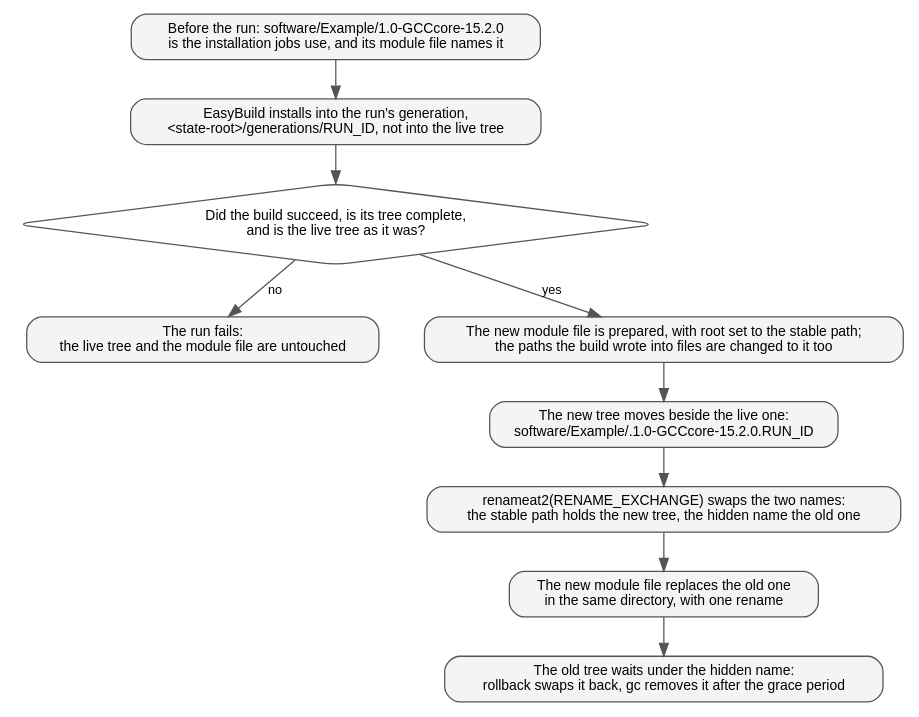
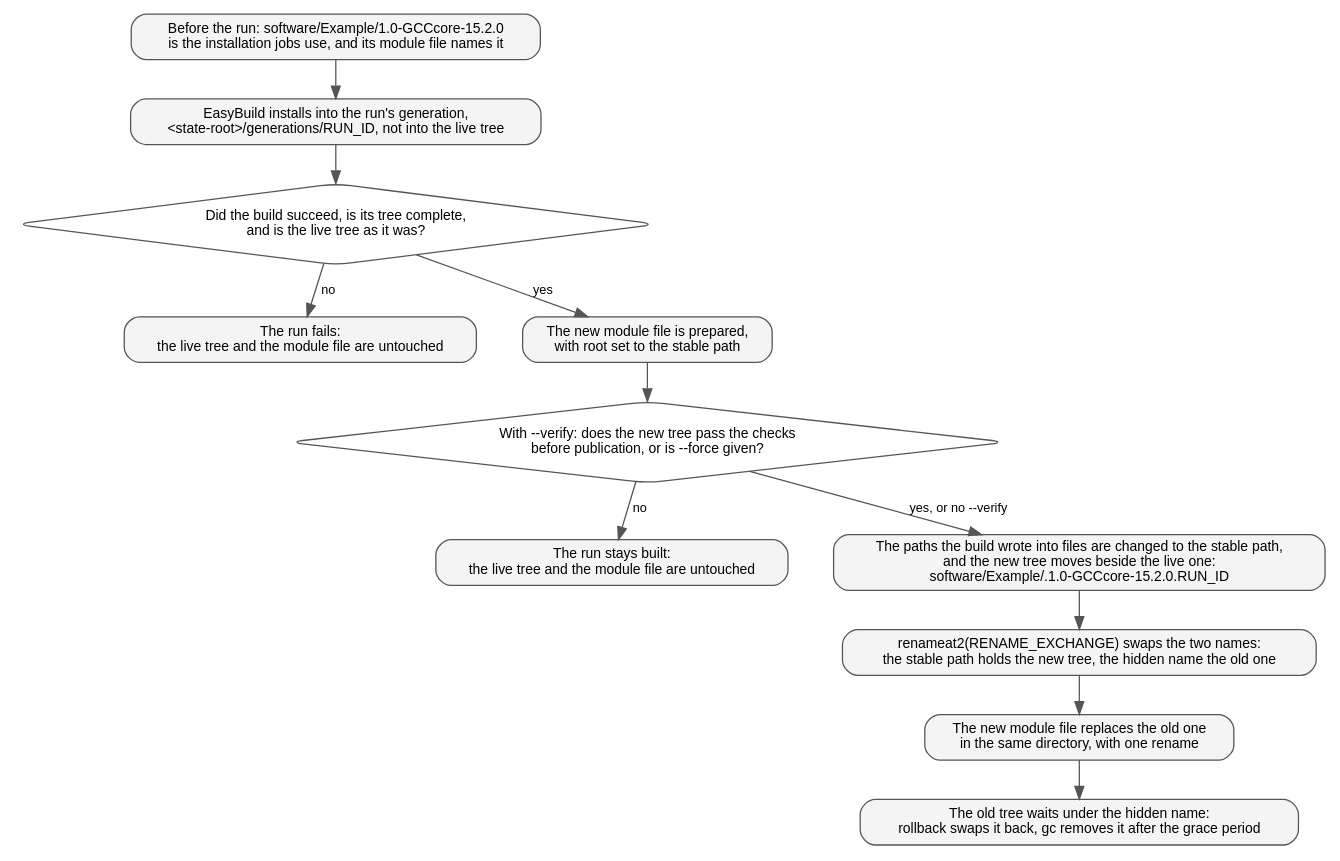
The diagram in docs/orgmode/explanation/figures/staging.dot (stackhands/eb-staged-rebuild), drawn with Graphviz before and after one commit. The commit also changed 37 other files, not shown here.

```diff
--- a/docs/orgmode/explanation/figures/staging.dot
+++ b/docs/orgmode/explanation/figures/staging.dot
@@ -1,21 +1,26 @@
 // One run, from the easyconfig to the old tree's removal.
 digraph staging {
     graph [bgcolor="white", rankdir=TB, nodesep=0.5, ranksep=0.4, fontname="Helvetica"];
     node [shape=box, style="rounded,filled", fillcolor="#f4f4f4", color="#555555", fontname="Helvetica", fontsize=11];
     edge [color="#555555", fontname="Helvetica", fontsize=10];
 
     before [label="Before the run: software/Example/1.0-GCCcore-15.2.0\nis the installation jobs use, and its module file names it"];
     build [label="EasyBuild installs into the run's generation,\n<state-root>/generations/RUN_ID, not into the live tree"];
     check [shape=diamond, label="Did the build succeed, is its tree complete,\nand is the live tree as it was?", fillcolor="#ffffff"];
     failed [label="The run fails:\nthe live tree and the module file are untouched"];
-    plan [label="The new module file is prepared, with root set to the stable path;\nthe paths the build wrote into files are changed to it too"];
-    move [label="The new tree moves beside the live one:\nsoftware/Example/.1.0-GCCcore-15.2.0.RUN_ID"];
+    plan [label="The new module file is prepared,\nwith root set to the stable path"];
+    verify [shape=diamond, label="With --verify: does the new tree pass the checks\nbefore publication, or is --force given?", fillcolor="#ffffff"];
+    held [label="The run stays built:\nthe live tree and the module file are untouched"];
+    move [label="The paths the build wrote into files are changed to the stable path,\nand the new tree moves beside the live one:\nsoftware/Example/.1.0-GCCcore-15.2.0.RUN_ID"];
     exchange [label="renameat2(RENAME_EXCHANGE) swaps the two names:\nthe stable path holds the new tree, the hidden name the old one"];
     module [label="The new module file replaces the old one\nin the same directory, with one rename"];
     grace [label="The old tree waits under the hidden name:\nrollback swaps it back, gc removes it after the grace period"];
 
     before -> build -> check;
     check -> failed [label=" no"];
     check -> plan [label=" yes"];
-    plan -> move -> exchange -> module -> grace;
+    plan -> verify;
+    verify -> held [label=" no"];
+    verify -> move [label=" yes, or no --verify"];
+    move -> exchange -> module -> grace;
 }
```
